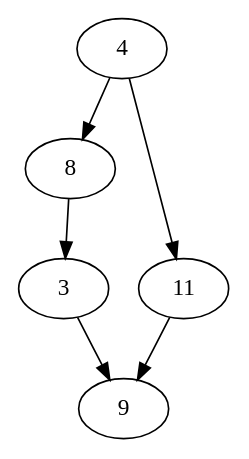
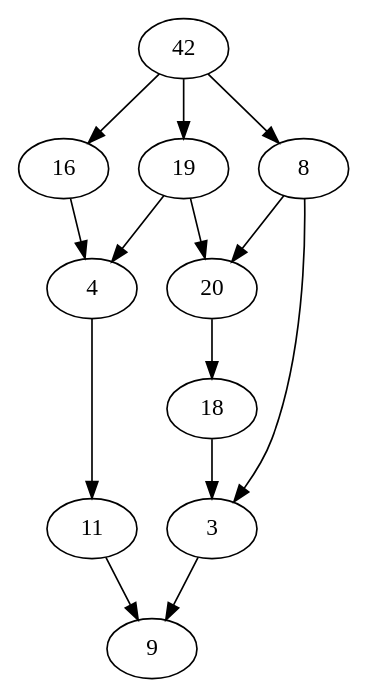
Before and after one commit to ValerioCietto/Algo: the diagram in grafo.dot, drawn with Graphviz. The commit also changed 4 other files, not shown here.

```diff
--- a/grafo.dot
+++ b/grafo.dot
@@ -1,7 +1,15 @@
 digraph grafo{
-4 -> 8;
 4 -> 11;
+18 -> 3;
+19 -> 20;
+19 -> 4;
+42 -> 16;
+42 -> 8;
+42 -> 19;
+16 -> 4;
+20 -> 18;
+8 -> 20;
 8 -> 3;
 11 -> 9;
 3 -> 9;
 }
```
